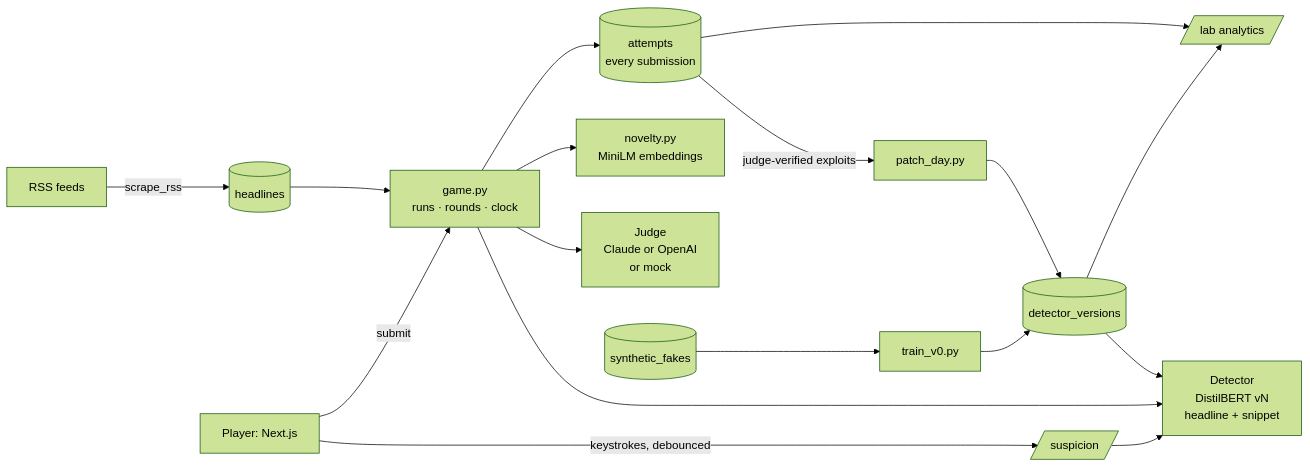
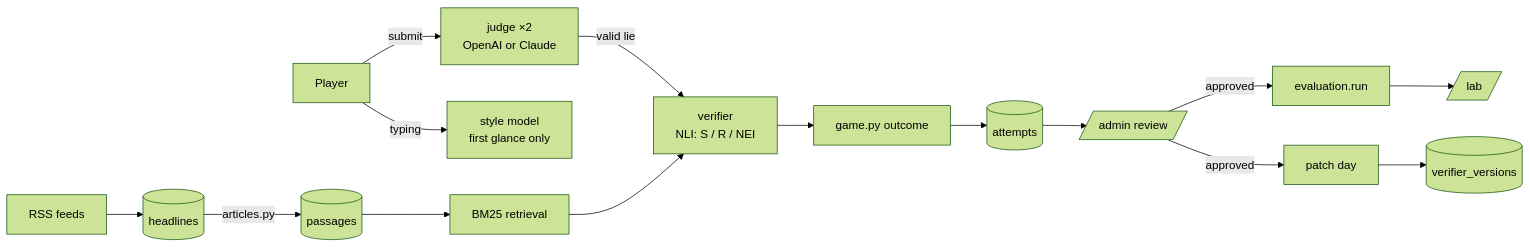
Before and after one commit to CrolineCrois/Stockdle: the diagram in README.md, drawn with Mermaid (forest theme). The commit also changed other lines of this file and 15 other files, not shown here.

````diff
--- a/README.md
+++ b/README.md
@@ -117,19 +161,17 @@
 ```mermaid
 flowchart LR
-  RSS[RSS feeds] -->|scrape_rss| H[(headlines)]
-  H --> G[game.py<br/>runs · rounds · clock]
-  P[Player: Next.js] -->|keystrokes, debounced| M[/suspicion/]
-  M --> D[Detector<br/>DistilBERT vN<br/>headline + snippet]
-  P -->|submit| G
-  G --> D
-  G --> J[Judge<br/>Claude or OpenAI<br/>or mock]
-  G --> N[novelty.py<br/>MiniLM embeddings]
-  G --> A[(attempts<br/>every submission)]
-  A -->|judge-verified exploits| PD[patch_day.py]
-  F[(synthetic_fakes)] --> V0[train_v0.py]
-  V0 --> DV[(detector_versions)]
-  PD --> DV
-  DV --> D
-  A --> L[/lab analytics/]
-  DV --> L
+  RSS[RSS feeds] --> H[(headlines)]
+  H -->|articles.py| P[(passages)]
+  P --> R[BM25 retrieval]
+  U[Player] -->|typing| S[style model<br/>first glance only]
+  U -->|submit| J[judge ×2<br/>OpenAI or Claude]
+  J -->|valid lie| V[verifier<br/>NLI: S / R / NEI]
+  R --> V
+  V --> G[game.py outcome]
+  G --> A[(attempts)]
+  A --> RV[/admin review/]
+  RV -->|approved| E[evaluation.run]
+  RV -->|approved| PD[patch day]
+  PD --> VV[(verifier_versions)]
+  E --> L[/lab/]
 ```
````
